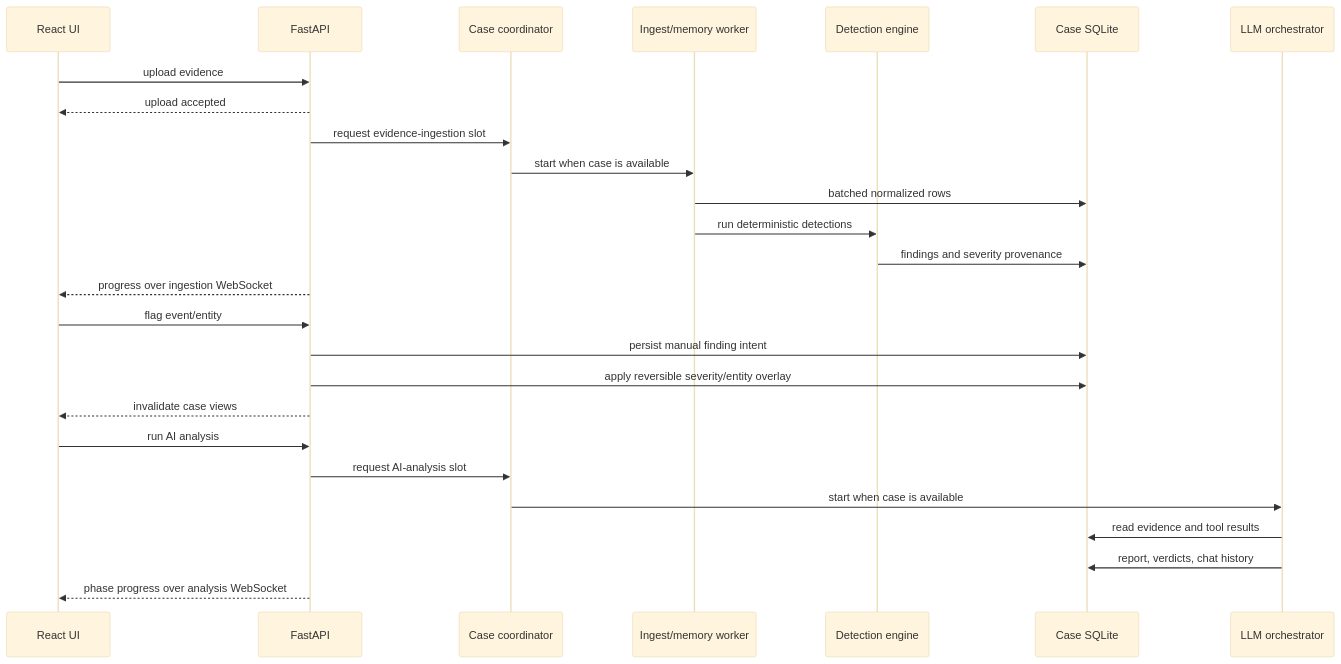
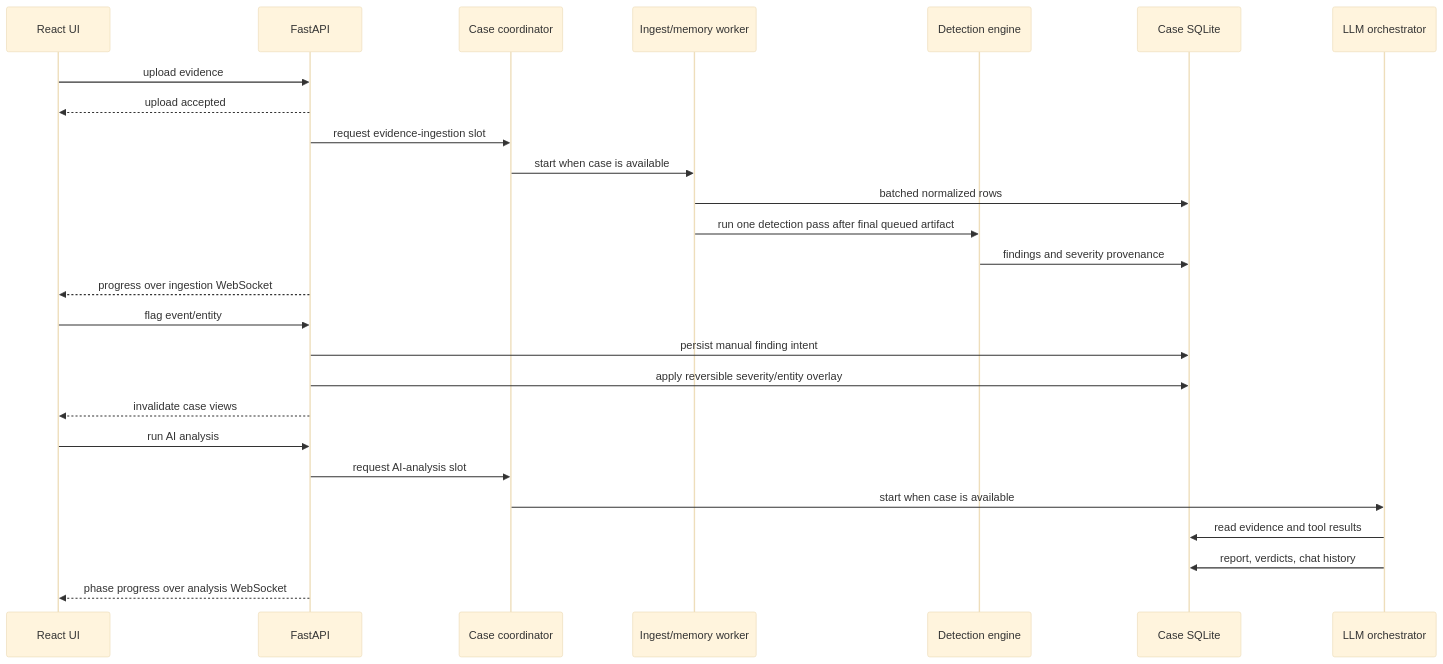
One commit to Telepatya/Investigator changed the second of 2 diagrams in docs/ARCHITECTURE.md. Above: the diagram before and after it, drawn with Mermaid (base theme). The commit also changed other lines of this file and 16 other files, not shown here.

````diff
--- a/docs/ARCHITECTURE.md
+++ b/docs/ARCHITECTURE.md
@@ -159,31 +159,31 @@
 ```mermaid
 sequenceDiagram
     participant UI as React UI
     participant API as FastAPI
     participant CO as Case coordinator
     participant PIPE as Ingest/memory worker
     participant DET as Detection engine
     participant DB as Case SQLite
     participant AI as LLM orchestrator
 
     UI->>API: upload evidence
     API-->>UI: upload accepted
     API->>CO: request evidence-ingestion slot
     CO->>PIPE: start when case is available
     PIPE->>DB: batched normalized rows
-    PIPE->>DET: run deterministic detections
+    PIPE->>DET: run one detection pass after final queued artifact
     DET->>DB: findings and severity provenance
     API-->>UI: progress over ingestion WebSocket
 
     UI->>API: flag event/entity
     API->>DB: persist manual finding intent
     API->>DB: apply reversible severity/entity overlay
     API-->>UI: invalidate case views
 
     UI->>API: run AI analysis
     API->>CO: request AI-analysis slot
     CO->>AI: start when case is available
     AI->>DB: read evidence and tool results
     AI->>DB: report, verdicts, chat history
     API-->>UI: phase progress over analysis WebSocket
 ```
````
